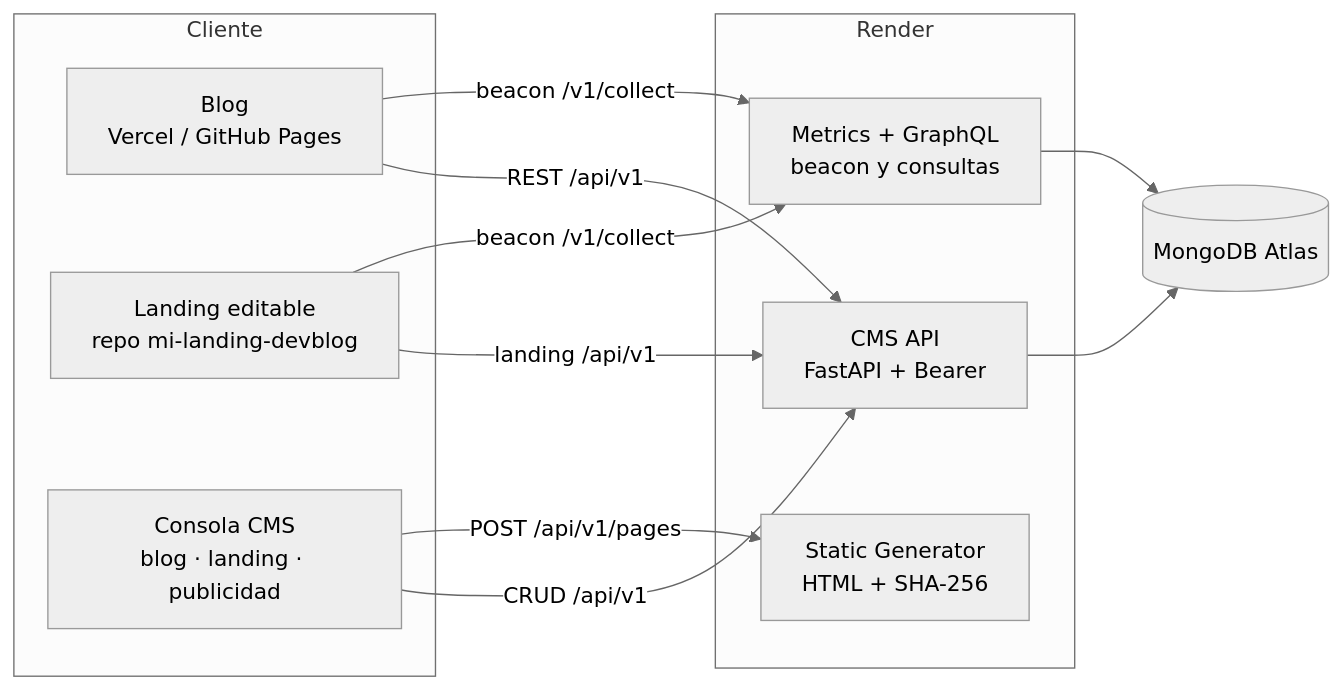
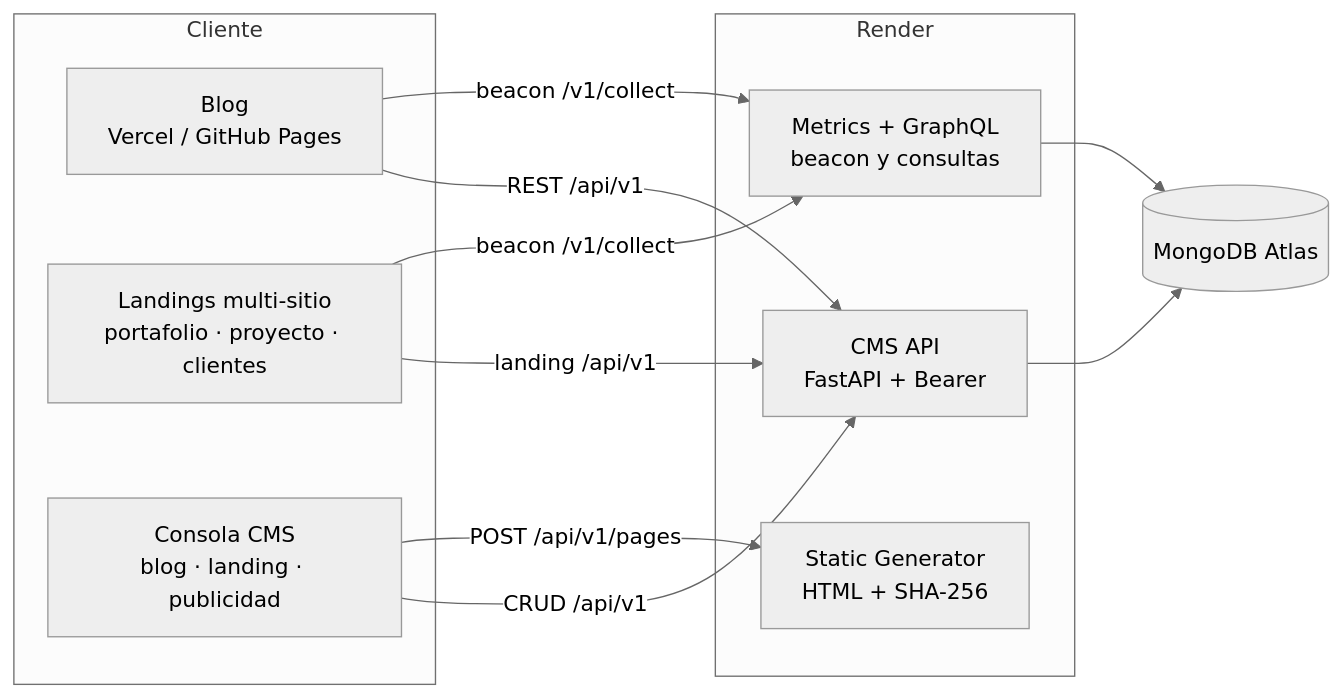
The diagram in README.md (Leonardo251207/mi-blog-dev), drawn with Mermaid (neutral theme) before and after one commit. The commit also changed other lines of this file, not shown here.

Commit message:
Documenta el CMS multi-sitio y la subida de videos

````diff
--- a/README.md
+++ b/README.md
@@ -76,25 +76,25 @@
 ```mermaid
 flowchart LR
   subgraph Cliente
     B["Blog<br/>Vercel / GitHub Pages"]
-    L["Landing editable<br/>repo mi-landing-devblog"]
+    L["Landings multi-sitio<br/>portafolio · proyecto · clientes"]
     A["Consola CMS<br/>blog · landing · publicidad"]
   end
 
   subgraph Render
     C["CMS API<br/>FastAPI + Bearer"]
     M["Metrics + GraphQL<br/>beacon y consultas"]
     G["Static Generator<br/>HTML + SHA-256"]
   end
 
   D[("MongoDB Atlas")]
 
   B -->|REST /api/v1| C
   B -->|beacon /v1/collect| M
   L -->|landing /api/v1| C
   L -->|beacon /v1/collect| M
   A -->|CRUD /api/v1| C
   A -->|POST /api/v1/pages| G
   C --> D
   M --> D
 ```
````
